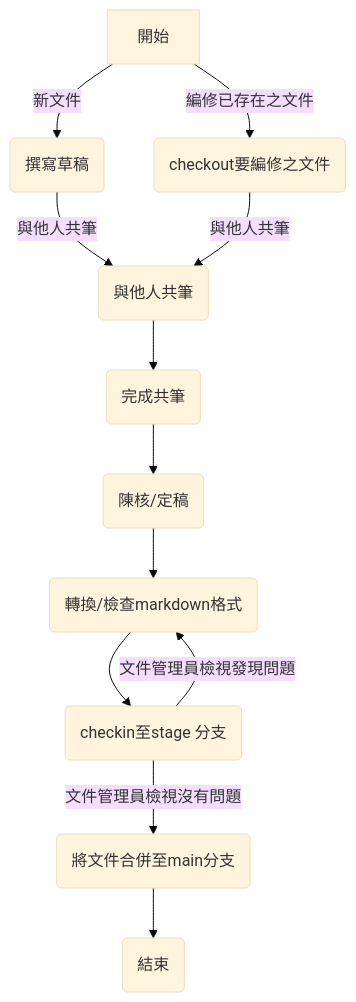
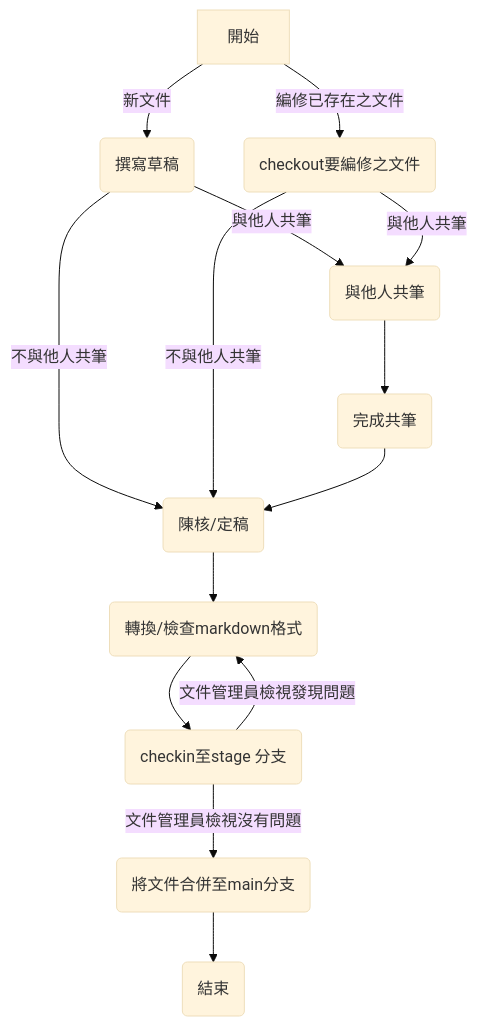
One commit to netlol/test22 changed the second of 2 diagrams in uu.md. Above: the diagram before and after it, drawn with Mermaid (base theme). The commit also changed other lines of this file, not shown here.

````diff
--- a/uu.md
+++ b/uu.md
@@ -10,14 +11,16 @@
 ```mermaid
 graph TD;
   A[開始] -->|新文件| B(撰寫草稿);
   A -->|編修已存在之文件| C(checkout要編修之文件);
   B -->|與他人共筆| D(與他人共筆);
+  B -->|不與他人共筆| F;
   C -->|與他人共筆| D(與他人共筆);
+  C -->|不與他人共筆| F;
   D --> E(完成共筆);
   E --> F(陳核/定稿);
   F --> G(轉換/檢查markdown格式);
   G --> H(checkin至stage 分支);
   H -->|文件管理員檢視沒有問題| I(將文件合併至main分支);
   H -->|文件管理員檢視發現問題| G;
   I --> J(結束);
   ```
````
